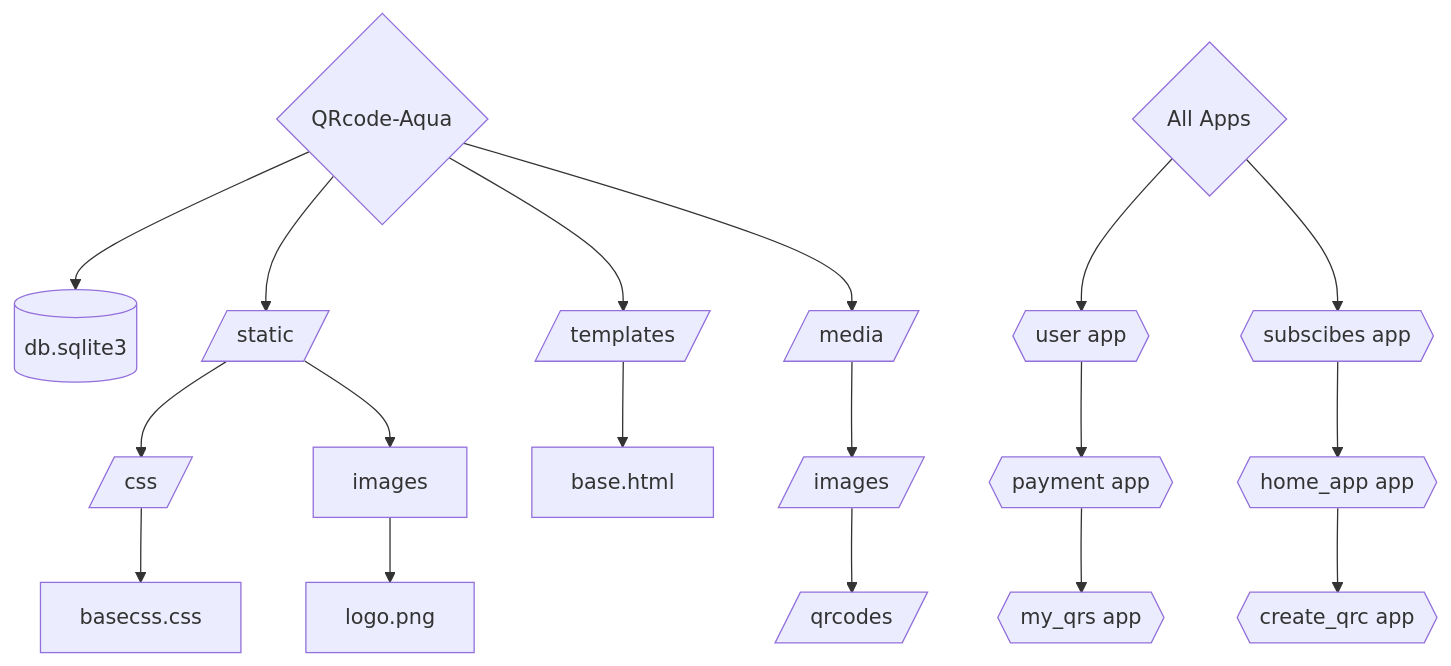
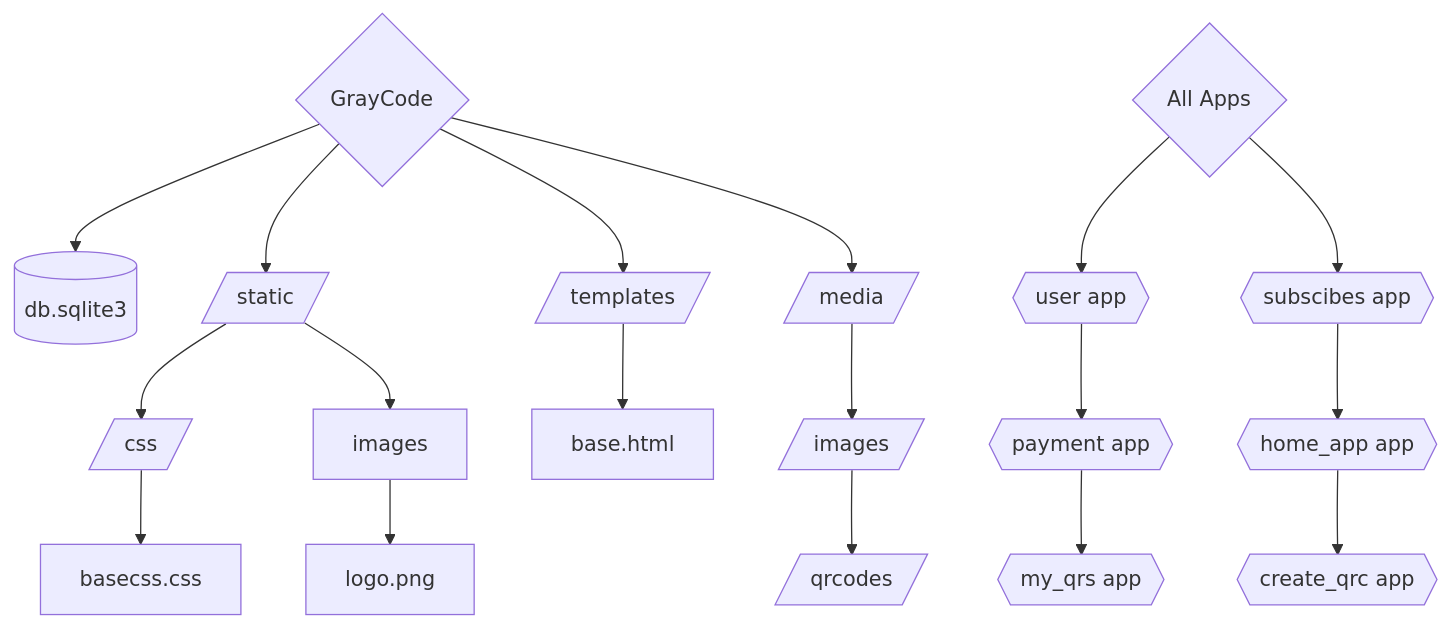
The first of 2 diagrams in README.md (IllyaShramko/GrayCode), drawn with Mermaid before and after one commit. The commit also changed other lines of this file, not shown here.

````diff
--- a/README.md
+++ b/README.md
@@ -49,39 +49,39 @@
 ```mermaid
 flowchart TD
-    Project{QRcode-Aqua}
+    Project{GrayCode}
     db[(db.sqlite3)]
     templates[/templates/]
     static[/static/]
     media[/media/]
     imgs[/images/]
     qrcodes[/qrcodes/]
     css[/css/]
 
     Project --> db
     Project --> templates
     Project --> static
     Project --> media
     media --> imgs
     imgs --> qrcodes
     templates --> base.html
     static --> css
     static --> images
     images --> logo.png
     css --> basecss.css
 
     user{{user app}}
     subscribes{{subscibes app}}
     payment{{payment app}}
     home{{home_app app}}
     create{{create_qrc app}}
     my_qrs{{my_qrs app}}
     
     apps{All Apps}
     apps --> user
     apps --> subscribes
     user --> payment
     subscribes --> home
     payment --> my_qrs
     home --> create
 
 ```
````
